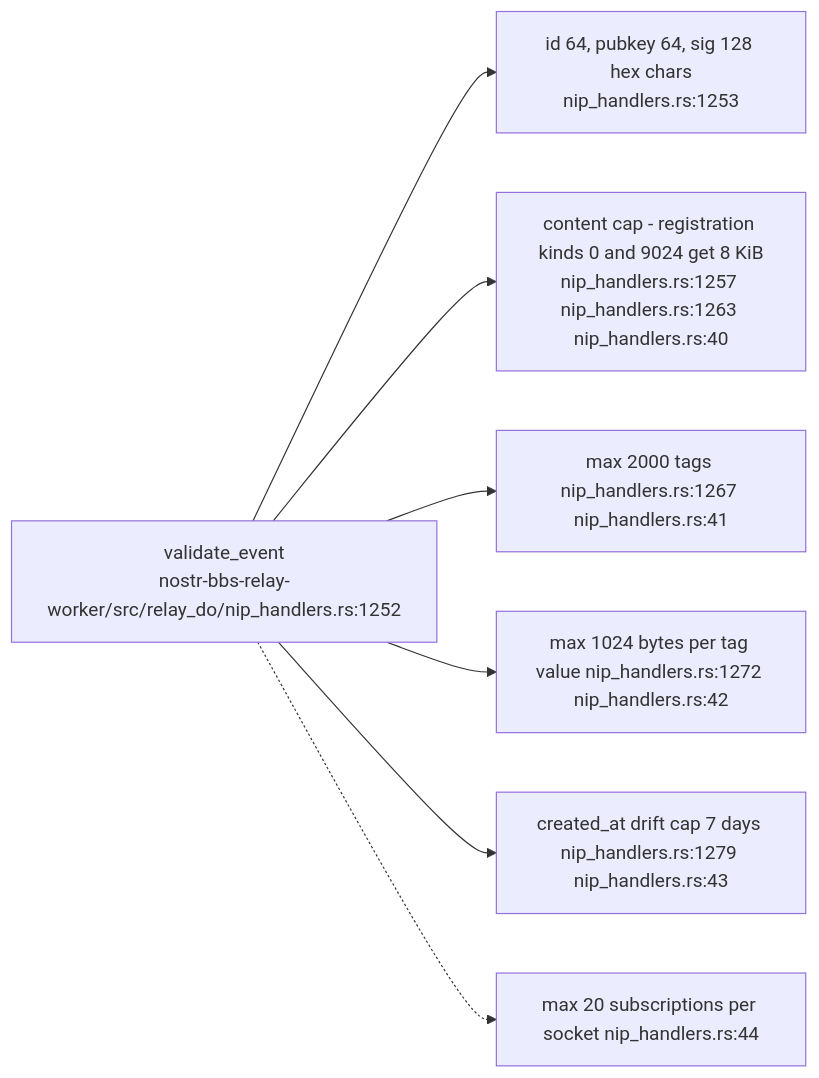
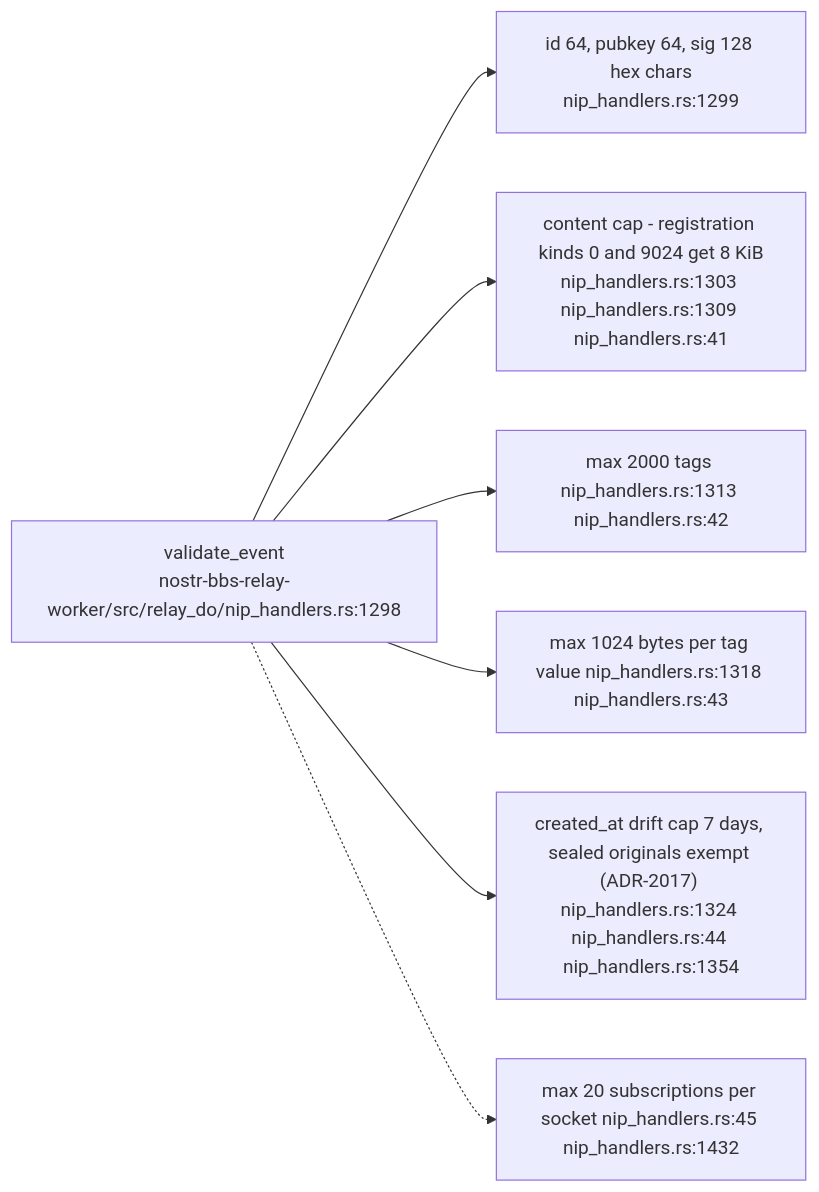
Before and after one commit to DreamLab-AI/VisionFlow: diagram 11 of 14 in docs/diagrams/nostr-rust-forum/03-relay-worker-admission-auth-and-trust.md, drawn with Mermaid. The commit also changed other lines of this file and 136 other files, not shown here.

First line of the commit message:
docs(diagrams): refresh the whole corpus to code HEAD and prune low-value diagrams

````diff
--- a/docs/diagrams/nostr-rust-forum/03-relay-worker-admission-auth-and-trust.md
+++ b/docs/diagrams/nostr-rust-forum/03-relay-worker-admission-auth-and-trust.md
@@ -302,13 +302,13 @@
 ```mermaid
 flowchart LR
-    V["validate_event<br/>nostr-bbs-relay-worker/src/relay_do/nip_handlers.rs:1252"]
-    L1["id 64, pubkey 64, sig 128 hex chars<br/>nip_handlers.rs:1253"]
-    L2["content cap - registration kinds 0 and 9024 get 8 KiB<br/>nip_handlers.rs:1257 nip_handlers.rs:1263 nip_handlers.rs:40"]
-    L3["max 2000 tags nip_handlers.rs:1267 nip_handlers.rs:41"]
-    L4["max 1024 bytes per tag value nip_handlers.rs:1272 nip_handlers.rs:42"]
-    L5["created_at drift cap 7 days nip_handlers.rs:1279 nip_handlers.rs:43"]
-    L6["max 20 subscriptions per socket nip_handlers.rs:44"]
+    V["validate_event<br/>nostr-bbs-relay-worker/src/relay_do/nip_handlers.rs:1298"]
+    L1["id 64, pubkey 64, sig 128 hex chars<br/>nip_handlers.rs:1299"]
+    L2["content cap - registration kinds 0 and 9024 get 8 KiB<br/>nip_handlers.rs:1303 nip_handlers.rs:1309 nip_handlers.rs:41"]
+    L3["max 2000 tags nip_handlers.rs:1313 nip_handlers.rs:42"]
+    L4["max 1024 bytes per tag value nip_handlers.rs:1318 nip_handlers.rs:43"]
+    L5["created_at drift cap 7 days, sealed originals exempt (ADR-2017) nip_handlers.rs:1324 nip_handlers.rs:44 nip_handlers.rs:1354"]
+    L6["max 20 subscriptions per socket nip_handlers.rs:45 nip_handlers.rs:1432"]
 
     V --> L1 & L2 & L3 & L4 & L5
     V -.-> L6
 ```
````
